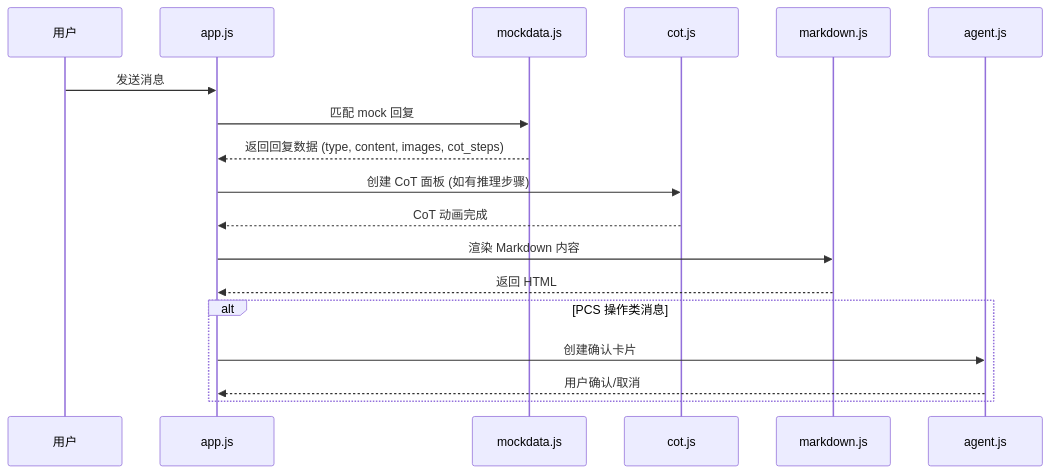
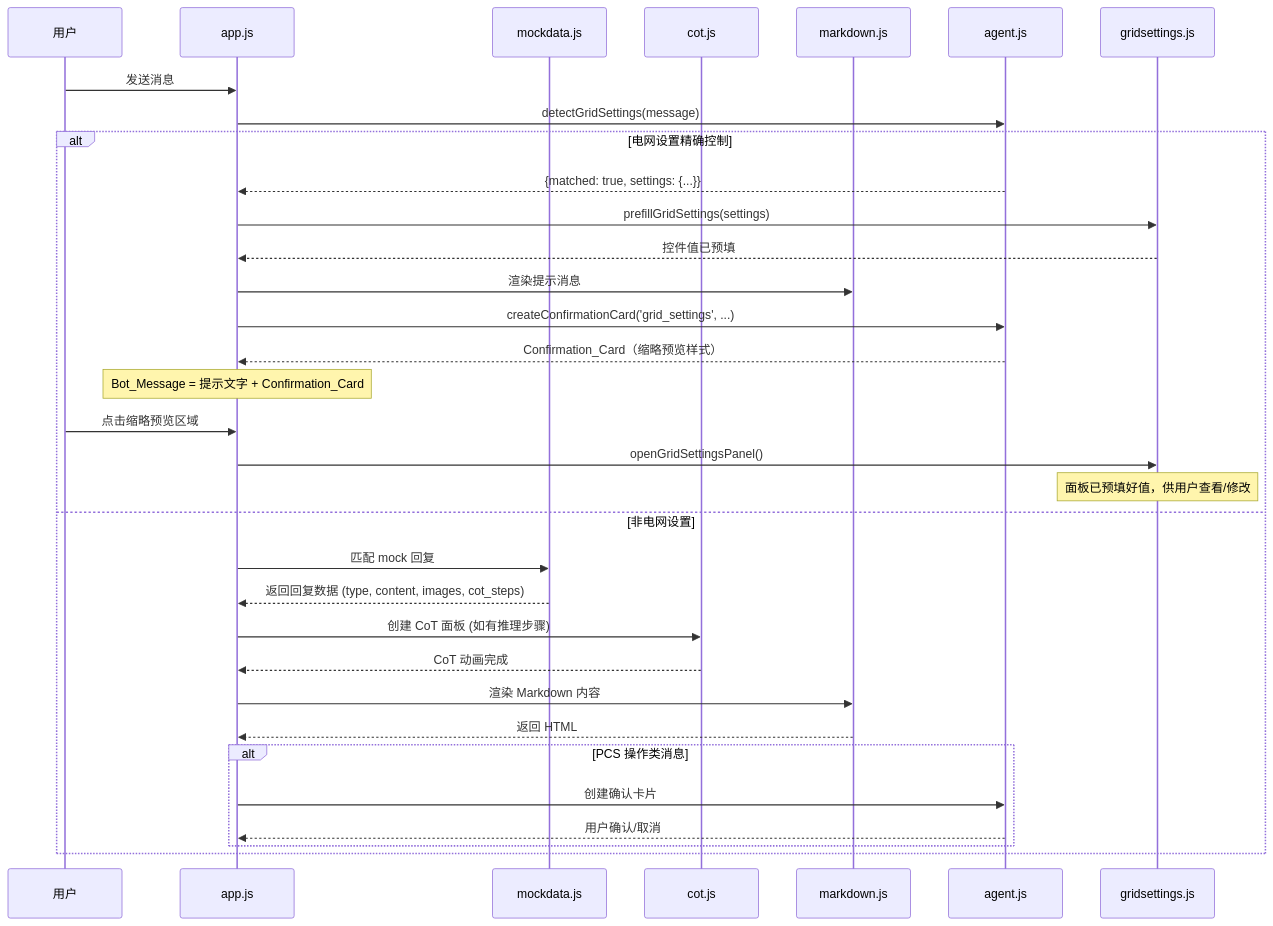
The second of 2 diagrams in .kiro/specs/franklinwh-smart-assistant/design.md (NextData4AI/ai-assistent-prototype), drawn with Mermaid before and after one commit. The commit also changed other lines of this file and 7 other files, not shown here.

Commit message:
提交智能助手v1.4原型图

````diff
--- a/.kiro/specs/franklinwh-smart-assistant/design.md
+++ b/.kiro/specs/franklinwh-smart-assistant/design.md
@@ -61,21 +61,36 @@
 ```mermaid
 sequenceDiagram
     participant U as 用户
     participant APP as app.js
     participant MOCK as mockdata.js
     participant COT as cot.js
     participant MD as markdown.js
     participant AGENT as agent.js
+    participant GS as gridsettings.js
 
     U->>APP: 发送消息
-    APP->>MOCK: 匹配 mock 回复
-    MOCK-->>APP: 返回回复数据 (type, content, images, cot_steps)
-    APP->>COT: 创建 CoT 面板 (如有推理步骤)
-    COT-->>APP: CoT 动画完成
-    APP->>MD: 渲染 Markdown 内容
-    MD-->>APP: 返回 HTML
-    alt PCS 操作类消息
-        APP->>AGENT: 创建确认卡片
-        AGENT-->>APP: 用户确认/取消
+    APP->>AGENT: detectGridSettings(message)
+    alt 电网设置精确控制
+        AGENT-->>APP: {matched: true, settings: {...}}
+        APP->>GS: prefillGridSettings(settings)
+        GS-->>APP: 控件值已预填
+        APP->>MD: 渲染提示消息
+        APP->>AGENT: createConfirmationCard('grid_settings', ...)
+        AGENT-->>APP: Confirmation_Card（缩略预览样式）
+        Note over APP: Bot_Message = 提示文字 + Confirmation_Card
+        U->>APP: 点击缩略预览区域
+        APP->>GS: openGridSettingsPanel()
+        Note over GS: 面板已预填好值，供用户查看/修改
+    else 非电网设置
+        APP->>MOCK: 匹配 mock 回复
+        MOCK-->>APP: 返回回复数据 (type, content, images, cot_steps)
+        APP->>COT: 创建 CoT 面板 (如有推理步骤)
+        COT-->>APP: CoT 动画完成
+        APP->>MD: 渲染 Markdown 内容
+        MD-->>APP: 返回 HTML
+        alt PCS 操作类消息
+            APP->>AGENT: 创建确认卡片
+            AGENT-->>APP: 用户确认/取消
+        end
     end
 ```
````
